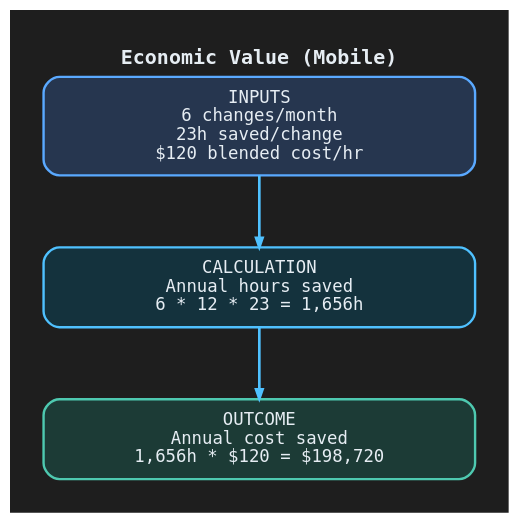
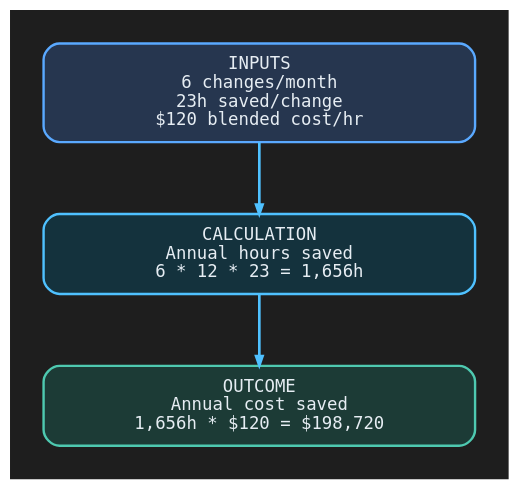
One commit to cronologi/schemalution changed the diagram in assets/diagrams/economic-value-mobile.dot. Above: the diagram before and after it, drawn with Graphviz. The commit also changed 16 other files, not shown here.

```diff
--- a/assets/diagrams/economic-value-mobile.dot
+++ b/assets/diagrams/economic-value-mobile.dot
@@ -1,34 +1,32 @@
 digraph economic_value_mobile {
   graph [
     rankdir=TB,
     bgcolor="#1E1E1E",
     pad="0.35",
     nodesep="0.5",
     ranksep="0.75",
     fontname="Cascadia Code, DejaVu Sans Mono, Noto Mono",
     fontsize=15,
-    fontcolor="#E6EDF3",
-    labelloc="t",
-    label=<<B>Economic Value (Mobile)</B>>
+    fontcolor="#E6EDF3"
   ];
 
   node [
     shape=box,
     style="rounded,filled",
     penwidth=1.8,
     fontname="Cascadia Code, DejaVu Sans Mono, Noto Mono",
     fontsize=13,
     fontcolor="#E6EDF3",
     margin="0.16,0.12",
     width=4.5
   ];
 
   edge [color="#4FC1FF", penwidth=2, arrowsize=0.7];
 
   A [label="INPUTS\n6 changes/month\n23h saved/change\n$120 blended cost/hr", fillcolor="#26364F", color="#5AA9FF"];
   G [label="CALCULATION\nAnnual hours saved\n6 * 12 * 23 = 1,656h", fillcolor="#14323D", color="#4FC1FF"];
   H [label="OUTCOME\nAnnual cost saved\n1,656h * $120 = $198,720", fillcolor="#1C3B36", color="#4EC9B0"];
 
   A -> G;
   G -> H;
 }
```
